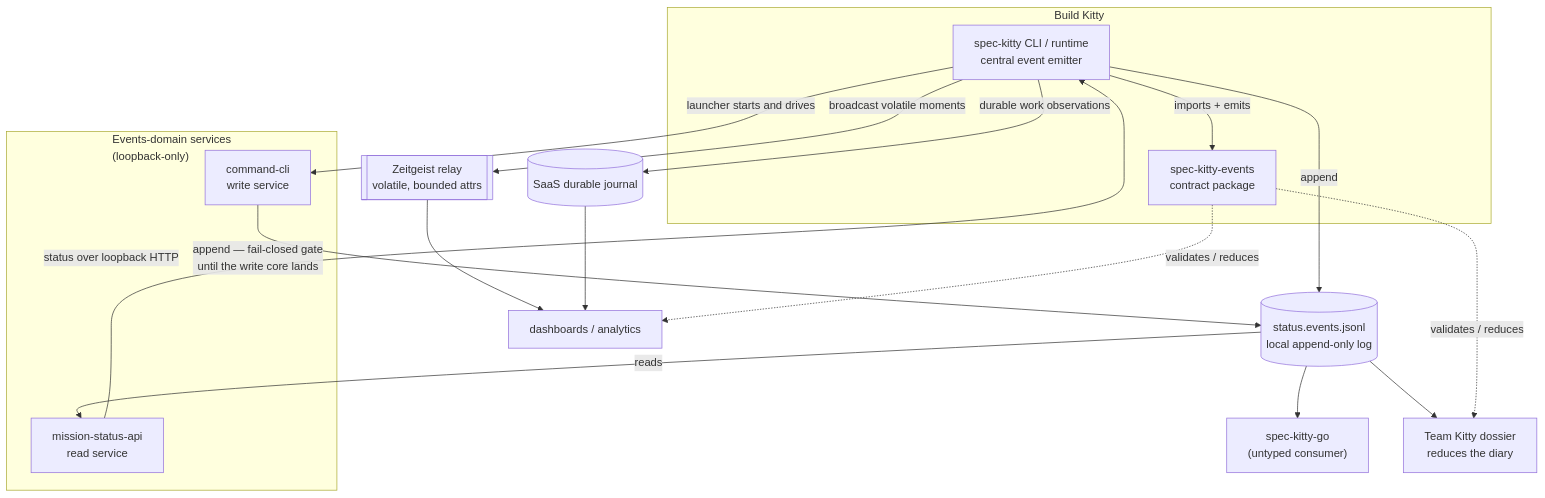
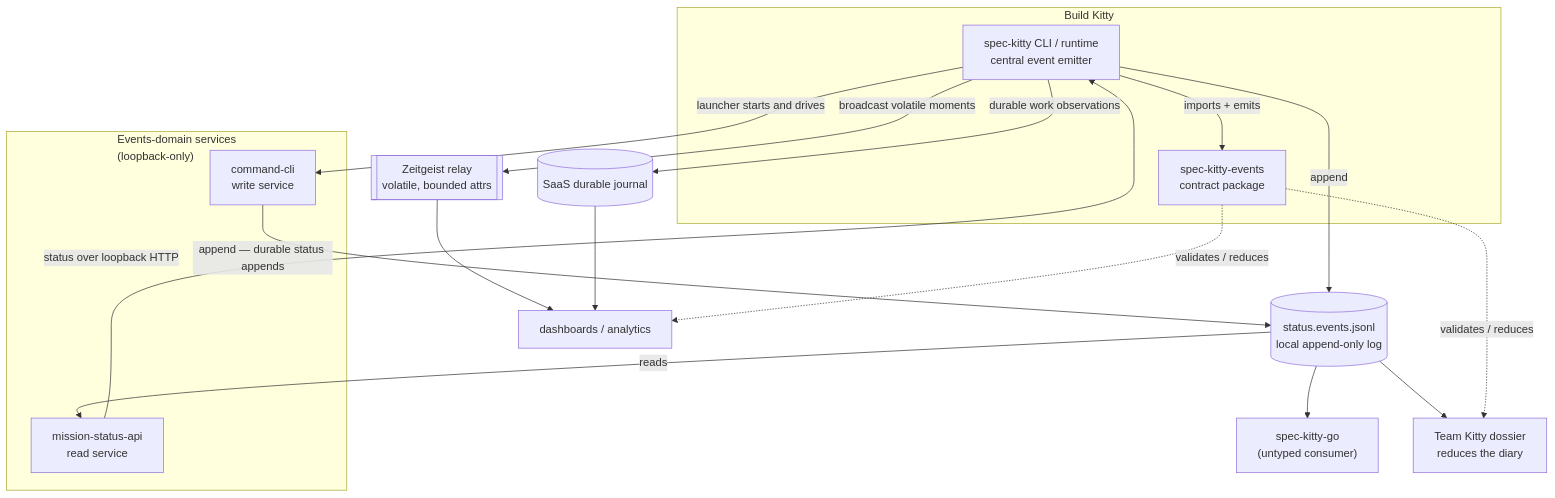
One commit to spec-kitty/spec-kitty-events changed the diagram in docs/context/system-context.md. Above: the diagram before and after it, drawn with Mermaid. The commit also changed other lines of this file and 565 other files, not shown here.

First line of the commit message:
Write core: durable byte-exact status appends, the lane authority and the cut-over (#160, #161, #155) (#230)

````diff
--- a/docs/context/system-context.md
+++ b/docs/context/system-context.md
@@ -21,33 +21,33 @@
 ```mermaid
 flowchart TB
   subgraph build["Build Kitty"]
     cli["spec-kitty CLI / runtime<br/>central event emitter"]
     events["spec-kitty-events<br/>contract package"]
     cli -->|imports + emits| events
   end
   diary[("status.events.jsonl<br/>local append-only log")]
   relay[["Zeitgeist relay<br/>volatile, bounded attrs"]]
   journal[("SaaS durable journal")]
   cli -->|append| diary
   cli -->|broadcast volatile moments| relay
   cli -->|durable work observations| journal
 
   subgraph services["Events-domain services<br/>(loopback-only)"]
     readsvc["mission-status-api<br/>read service"]
     writesvc["command-cli<br/>write service"]
   end
   cli -->|launcher starts and drives| writesvc
-  writesvc -->|append — fail-closed gate<br/>until the write core lands| diary
+  writesvc -->|append — durable status appends| diary
   diary -->|reads| readsvc
   readsvc -->|status over loopback HTTP| cli
 
   go["spec-kitty-go<br/>(untyped consumer)"]
   dossier["Team Kitty dossier<br/>reduces the diary"]
   dash["dashboards / analytics"]
   diary --> dossier
   diary --> go
   relay --> dash
   journal --> dash
   events -. validates / reduces .-> dossier
   events -. validates / reduces .-> dash
 ```
````
